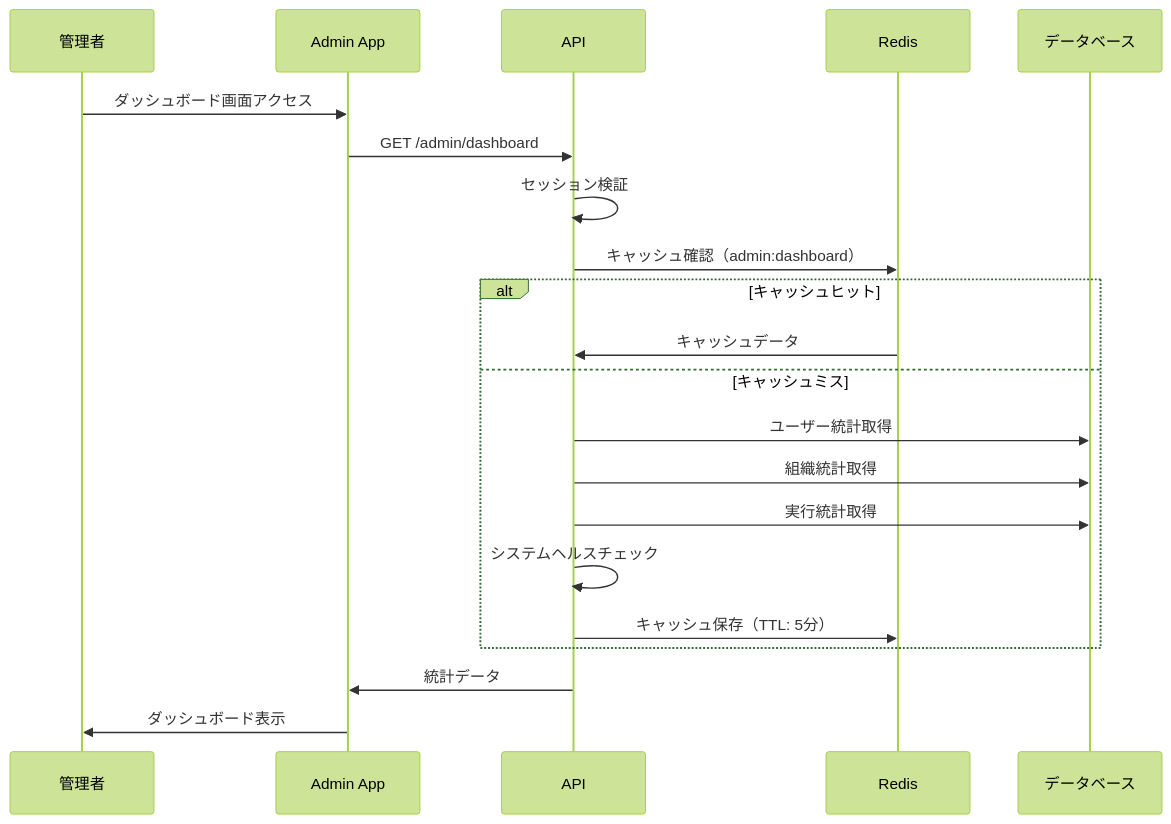
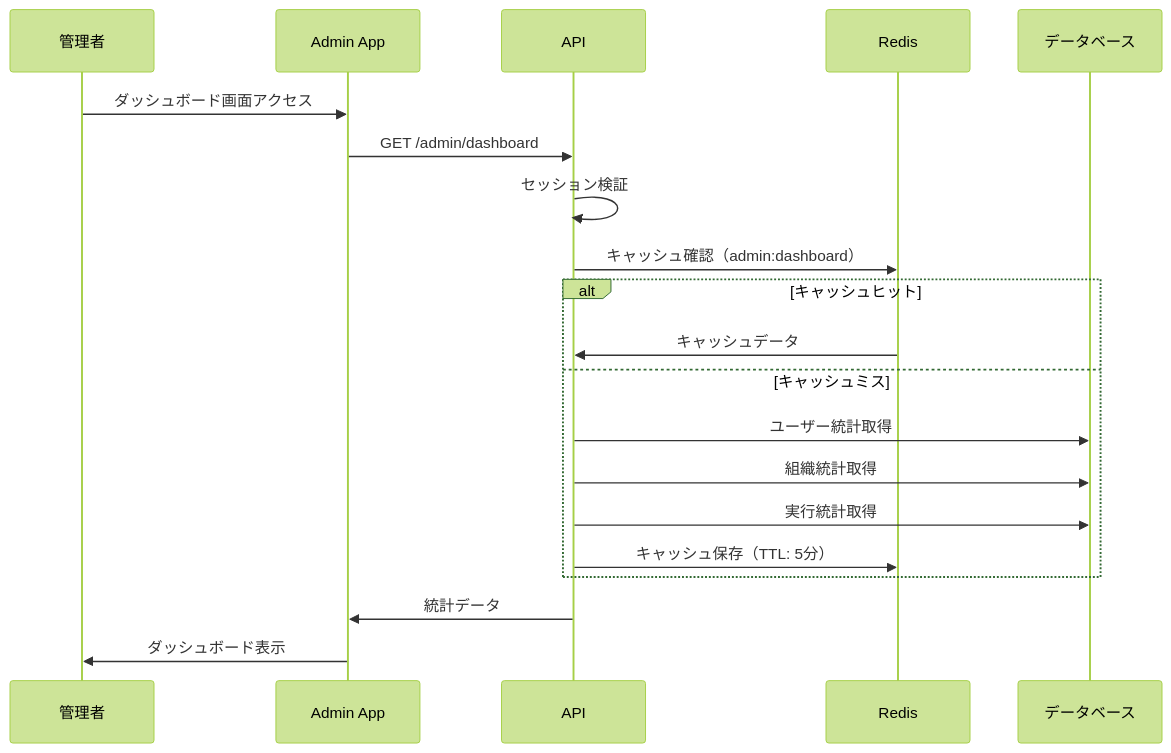
One commit to tsutsumi389/agentest changed the fourth of 9 diagrams in docs/architecture/features/admin-system.md. Above: the diagram before and after it, drawn with Mermaid (forest theme). The commit also changed other lines of this file and 9 other files, not shown here.

````diff
--- a/docs/architecture/features/admin-system.md
+++ b/docs/architecture/features/admin-system.md
@@ -232,24 +232,23 @@
 ```mermaid
 sequenceDiagram
     participant A as 管理者
     participant F as Admin App
     participant B as API
     participant Cache as Redis
     participant DB as データベース
 
     A->>F: ダッシュボード画面アクセス
     F->>B: GET /admin/dashboard
     B->>B: セッション検証
     B->>Cache: キャッシュ確認（admin:dashboard）
     alt キャッシュヒット
         Cache->>B: キャッシュデータ
     else キャッシュミス
         B->>DB: ユーザー統計取得
         B->>DB: 組織統計取得
         B->>DB: 実行統計取得
-        B->>B: システムヘルスチェック
         B->>Cache: キャッシュ保存（TTL: 5分）
     end
     B->>F: 統計データ
     F->>A: ダッシュボード表示
 ```
````
